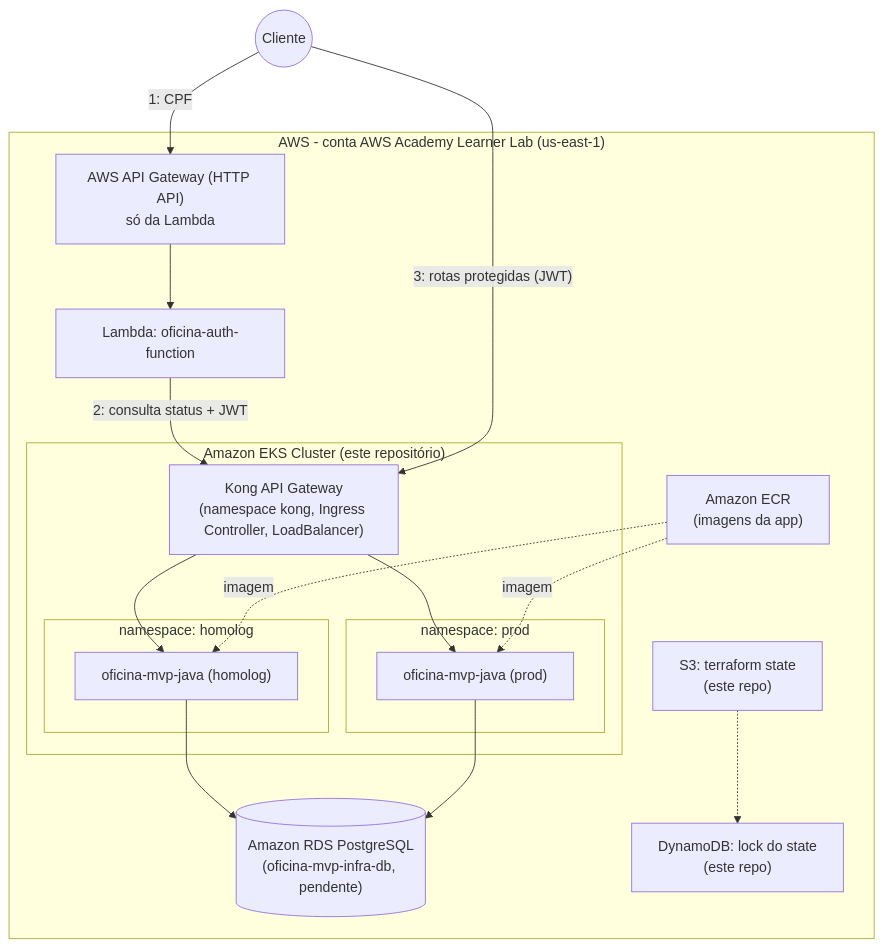
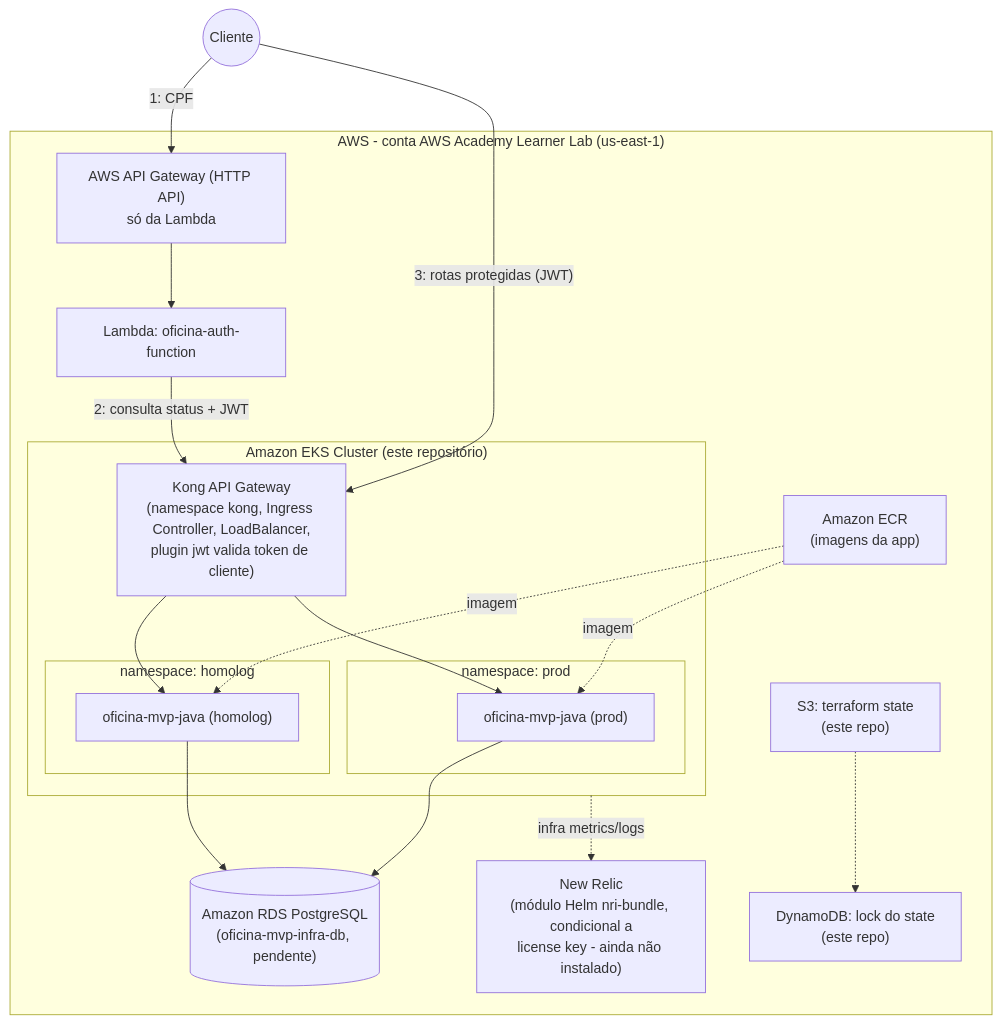
One commit to lukebria/oficina-mvp-infra-iac changed the diagram in readme.md. Above: the diagram before and after it, drawn with Mermaid.

Commit message:
docs: atualiza diagrama de componentes com plugin JWT do Kong e módulo New Relic
O diagrama (seção 5.1) tinha ficado desatualizado desde a adição do
plugin jwt no Kong (ADR-006) e do módulo New Relic condicional
(plano 05) - ambos adicionados depois do último render.

````diff
--- a/readme.md
+++ b/readme.md
@@ -241,33 +241,35 @@
 ```mermaid
 flowchart TB
     Cliente((Cliente))
 
     subgraph AWS["AWS - conta AWS Academy Learner Lab (us-east-1)"]
         subgraph EKS["Amazon EKS Cluster (este repositório)"]
-            Kong["Kong API Gateway<br/>(namespace kong, Ingress Controller, LoadBalancer)"]
+            Kong["Kong API Gateway<br/>(namespace kong, Ingress Controller, LoadBalancer,<br/>plugin jwt valida token de cliente)"]
             subgraph NsHomolog["namespace: homolog"]
                 AppHomolog["oficina-mvp-java (homolog)"]
             end
             subgraph NsProd["namespace: prod"]
                 AppProd["oficina-mvp-java (prod)"]
             end
         end
         RDS[("Amazon RDS PostgreSQL<br/>(oficina-mvp-infra-db, pendente)")]
         Lambda["Lambda: oficina-auth-function"]
         ApiGwLambda["AWS API Gateway (HTTP API)<br/>só da Lambda"]
         ECR["Amazon ECR<br/>(imagens da app)"]
         S3["S3: terraform state<br/>(este repo)"]
         Dynamo["DynamoDB: lock do state<br/>(este repo)"]
+        NewRelic["New Relic<br/>(módulo Helm nri-bundle, condicional a<br/>license key - ainda não instalado)"]
     end
 
     Cliente -->|"1: CPF"| ApiGwLambda --> Lambda
     Lambda -->|"2: consulta status + JWT"| Kong
     Cliente -->|"3: rotas protegidas (JWT)"| Kong
     Kong --> AppHomolog
     Kong --> AppProd
     AppHomolog --> RDS
     AppProd --> RDS
     ECR -.->|imagem| AppHomolog
     ECR -.->|imagem| AppProd
     S3 -.-> Dynamo
+    EKS -.->|infra metrics/logs| NewRelic
 ```
````
